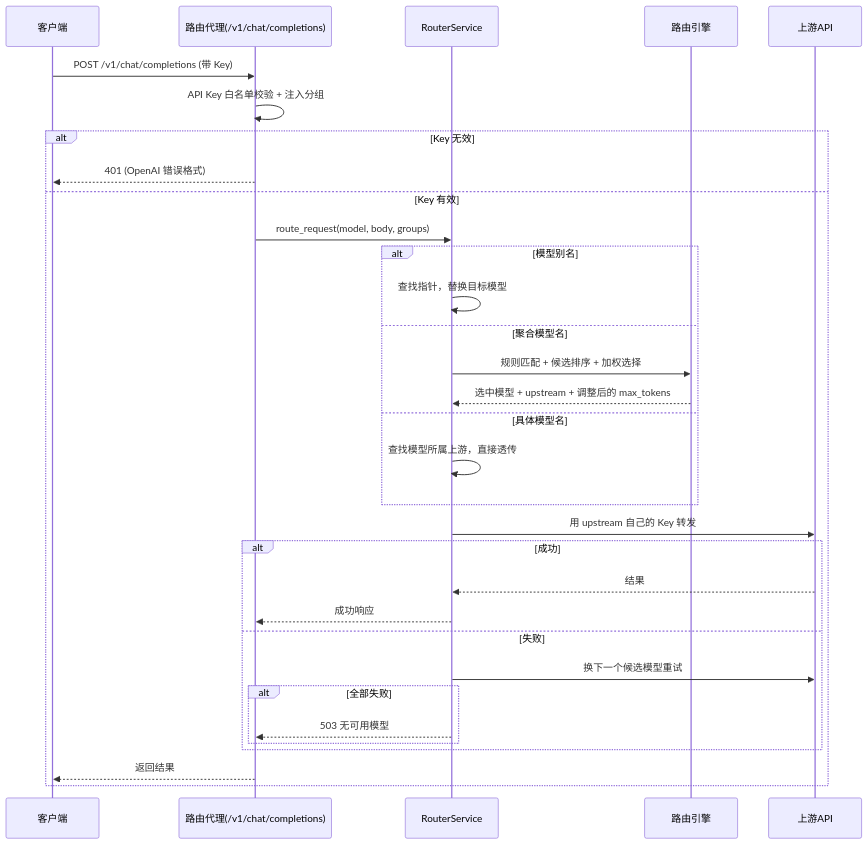
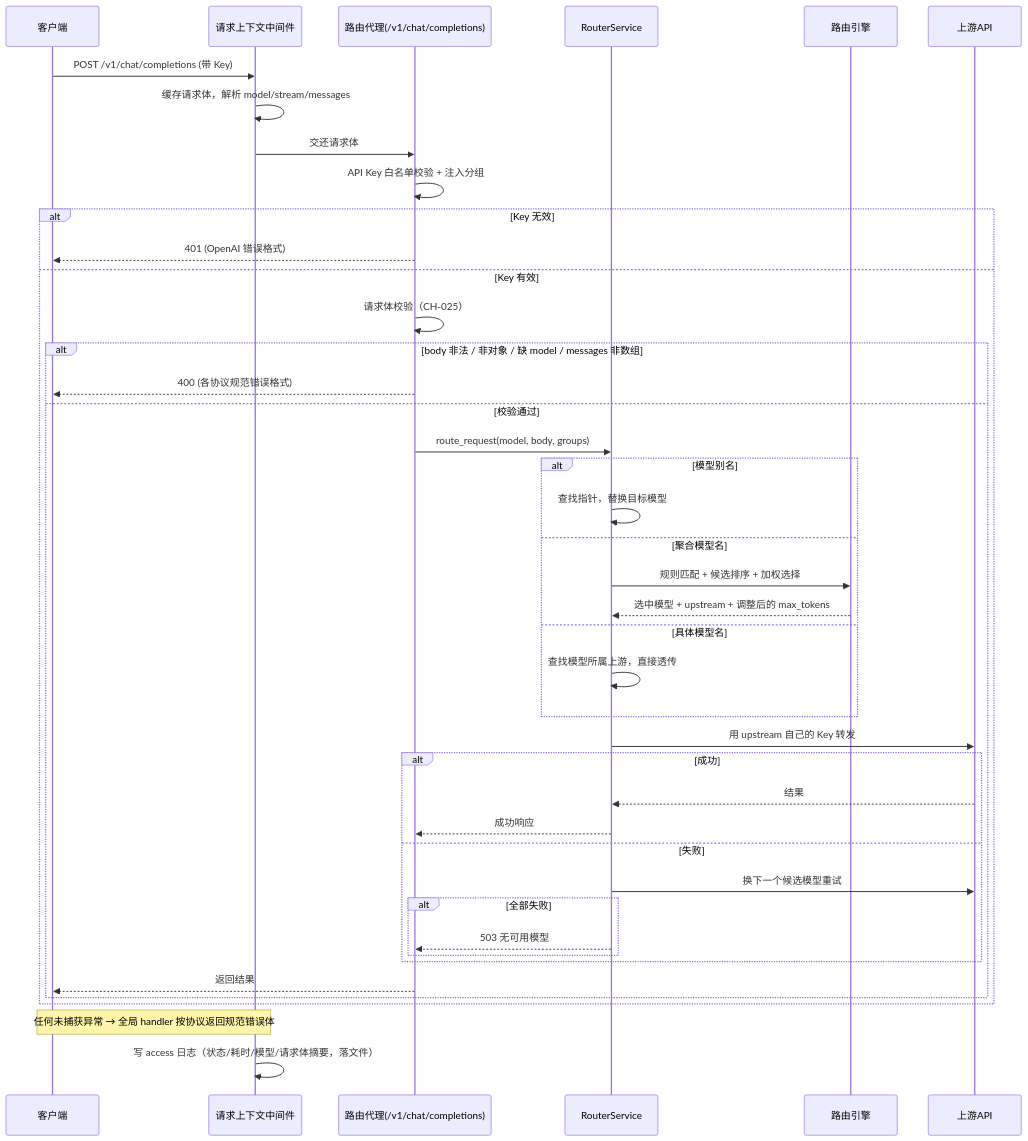
The first of 4 diagrams in docs/系统核心流程.md (66wjz/smart_router), drawn with Mermaid before and after one commit. The commit also changed other lines of this file and 23 other files, not shown here.

````diff
--- a/docs/系统核心流程.md
+++ b/docs/系统核心流程.md
@@ -28,35 +28,45 @@
 ```mermaid
 sequenceDiagram
     participant C as 客户端
+    participant L as 请求上下文中间件
     participant R as 路由代理(/v1/chat/completions)
     participant S as RouterService
     participant E as 路由引擎
     participant U as 上游API
 
-    C->>R: POST /v1/chat/completions (带 Key)
+    C->>L: POST /v1/chat/completions (带 Key)
+    L->>L: 缓存请求体，解析 model/stream/messages
+    L->>R: 交还请求体
     R->>R: API Key 白名单校验 + 注入分组
     alt Key 无效
         R-->>C: 401 (OpenAI 错误格式)
     else Key 有效
-        R->>S: route_request(model, body, groups)
-        alt 模型别名
-            S->>S: 查找指针，替换目标模型
-        else 聚合模型名
-            S->>E: 规则匹配 + 候选排序 + 加权选择
-            E-->>S: 选中模型 + upstream + 调整后的 max_tokens
-        else 具体模型名
-            S->>S: 查找模型所属上游，直接透传
+        R->>R: 请求体校验（CH-025）
+        alt body 非法 / 非对象 / 缺 model / messages 非数组
+            R-->>C: 400 (各协议规范错误格式)
+        else 校验通过
+            R->>S: route_request(model, body, groups)
+            alt 模型别名
+                S->>S: 查找指针，替换目标模型
+            else 聚合模型名
+                S->>E: 规则匹配 + 候选排序 + 加权选择
+                E-->>S: 选中模型 + upstream + 调整后的 max_tokens
+            else 具体模型名
+                S->>S: 查找模型所属上游，直接透传
+            end
+            S->>U: 用 upstream 自己的 Key 转发
+            alt 成功
+                U-->>S: 结果
+                S-->>R: 成功响应
+            else 失败
+                S->>U: 换下一个候选模型重试
+                alt 全部失败
+                    S-->>R: 503 无可用模型
+                end
+            end
+            R-->>C: 返回结果
         end
-        S->>U: 用 upstream 自己的 Key 转发
-        alt 成功
-            U-->>S: 结果
-            S-->>R: 成功响应
-        else 失败
-            S->>U: 换下一个候选模型重试
-            alt 全部失败
-                S-->>R: 503 无可用模型
-            end
-        end
-        R-->>C: 返回结果
     end
+    Note over L,C: 任何未捕获异常 → 全局 handler 按协议返回规范错误体
+    L->>L: 写 access 日志（状态/耗时/模型/请求体摘要，落文件）
 ```
````
